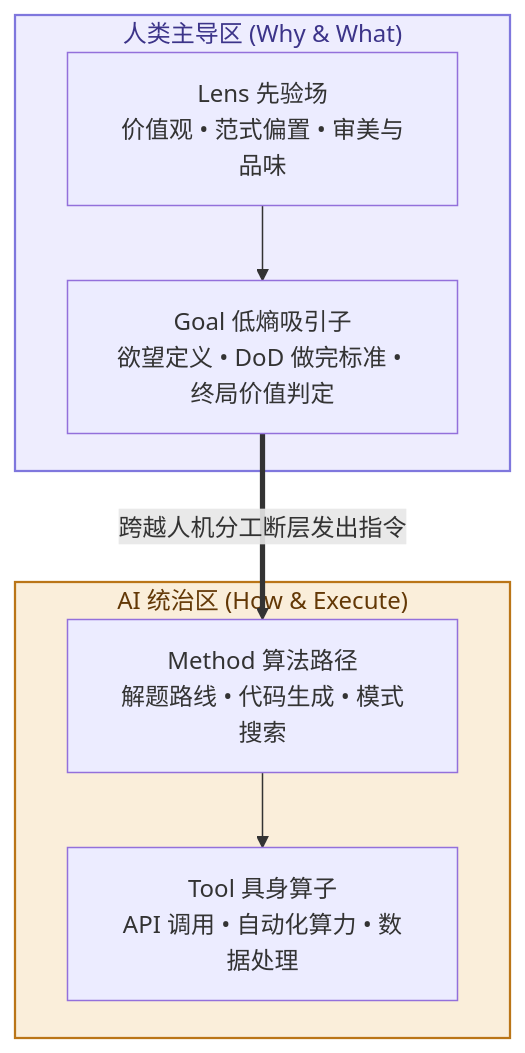
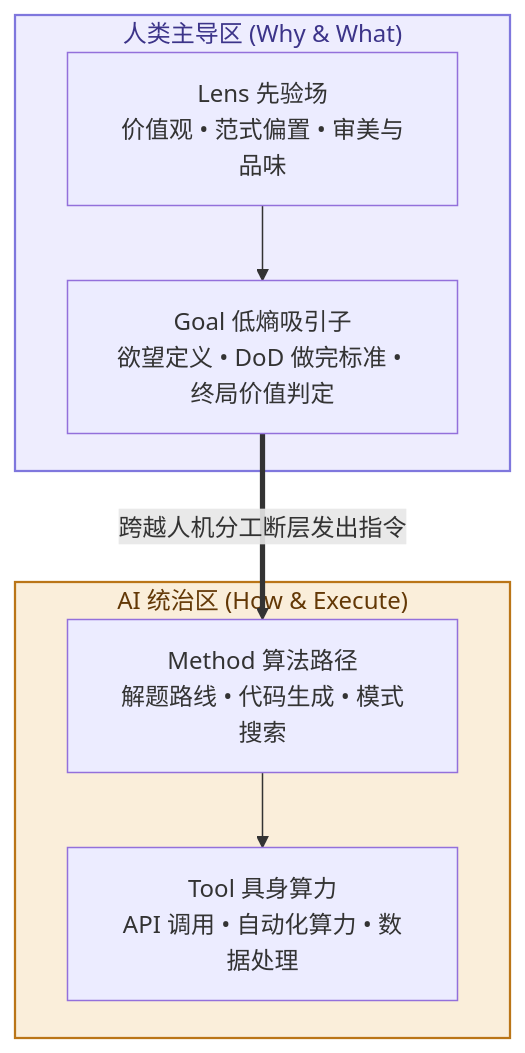
Before and after one commit to hongyangchun/lgmt-book: the diagram in outputs/book/11_第11章_AI时代壁垒_把Method交给AI把Lens留给自己.md, drawn with Mermaid. The commit also changed other lines of this file and 3986 other files, not shown here.

````diff
--- a/outputs/book/11_第11章_AI时代壁垒_把Method交给AI把Lens留给自己.md
+++ b/outputs/book/11_第11章_AI时代壁垒_把Method交给AI把Lens留给自己.md
@@ -38,23 +40,23 @@
 ```mermaid
 flowchart TD
     %% FIG-11-AI-AMPLIFIER: AI 时代的 LGMT 位阶转移与人机分工拓扑
     classDef humanStyle fill:#EEEDFE,stroke:#7F77DD,stroke-width:1.5px,color:#3C3489;
     classDef aiStyle fill:#FAEEDA,stroke:#BA7517,stroke-width:1.5px,color:#633806;
 
     subgraph HumanZone["人类主导区 (Why & What)"]
         L["Lens 先验场<br/>价值观 • 范式偏置 • 审美与品味"]
         G["Goal 低熵吸引子<br/>欲望定义 • DoD 做完标准 • 终局价值判定"]
     end
 
     subgraph AIZone["AI 统治区 (How & Execute)"]
         M["Method 算法路径<br/>解题路线 • 代码生成 • 模式搜索"]
-        T["Tool 具身算子<br/>API 调用 • 自动化算力 • 数据处理"]
+        T["Tool 具身算力<br/>API 调用 • 自动化算力 • 数据处理"]
     end
 
     class HumanZone humanStyle;
     class AIZone aiStyle;
 
     L --> G
     G ==>|跨越人机分工断层发出指令| M
     M --> T
 ```
````
